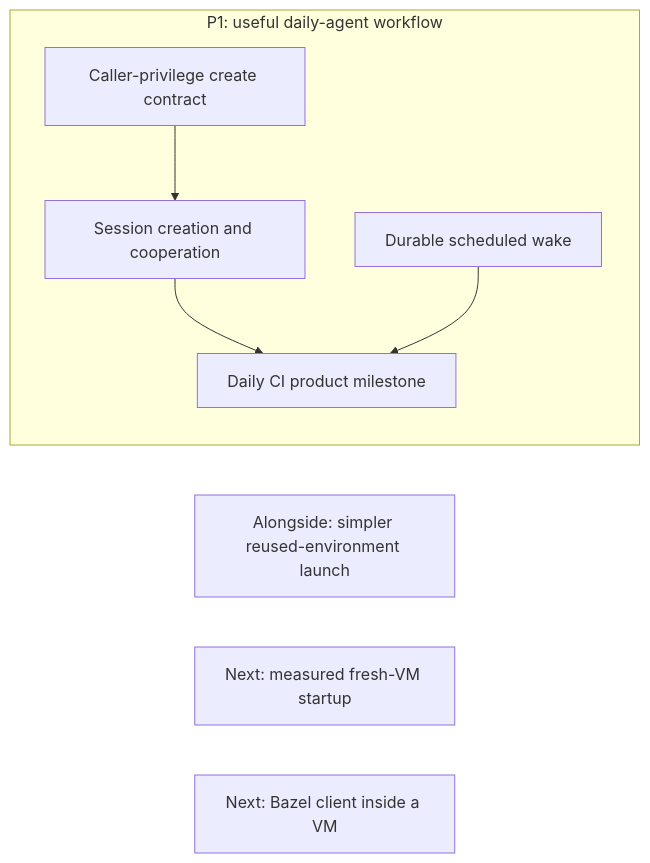
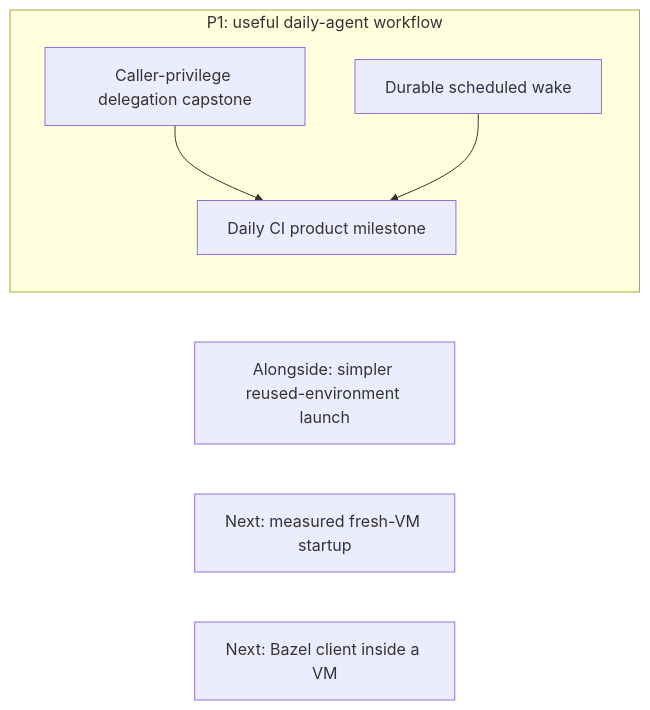
One commit to agentydragon/ducktape changed the first of 18 diagrams in agentplane/plans/task_dag.md. Above: the diagram before and after it, drawn with Mermaid. The commit also changed other lines of this file and 4 other files, not shown here.

First line of the commit message:
Proposal: caller-privilege Session delegation workflows (#13229)

````diff
--- a/agentplane/plans/task_dag.md
+++ b/agentplane/plans/task_dag.md
@@ -144,11 +148,11 @@
 ```mermaid
 flowchart LR
     subgraph PRIORITY_ONE[P1: useful daily-agent workflow]
-        THREAD_CREATE_POLICY[Caller-privilege create contract] --> THREAD_CREATE_AUTHORIZATION[Session creation and cooperation]
+        THREAD_CREATE_AUTHORIZATION[Caller-privilege delegation capstone]
         THREAD_CREATE_AUTHORIZATION --> DAILY_CI_AGENT[Daily CI product milestone]
         SCHEDULED_AGENT_WAKE[Durable scheduled wake] --> DAILY_CI_AGENT
     end
     SESSION_LAUNCH_FRICTION[Alongside: simpler reused-environment launch]
     VM_STARTUP_LATENCY[Next: measured fresh-VM startup]
     LOCAL_BAZEL[Next: Bazel client inside a VM]
 ```
````
